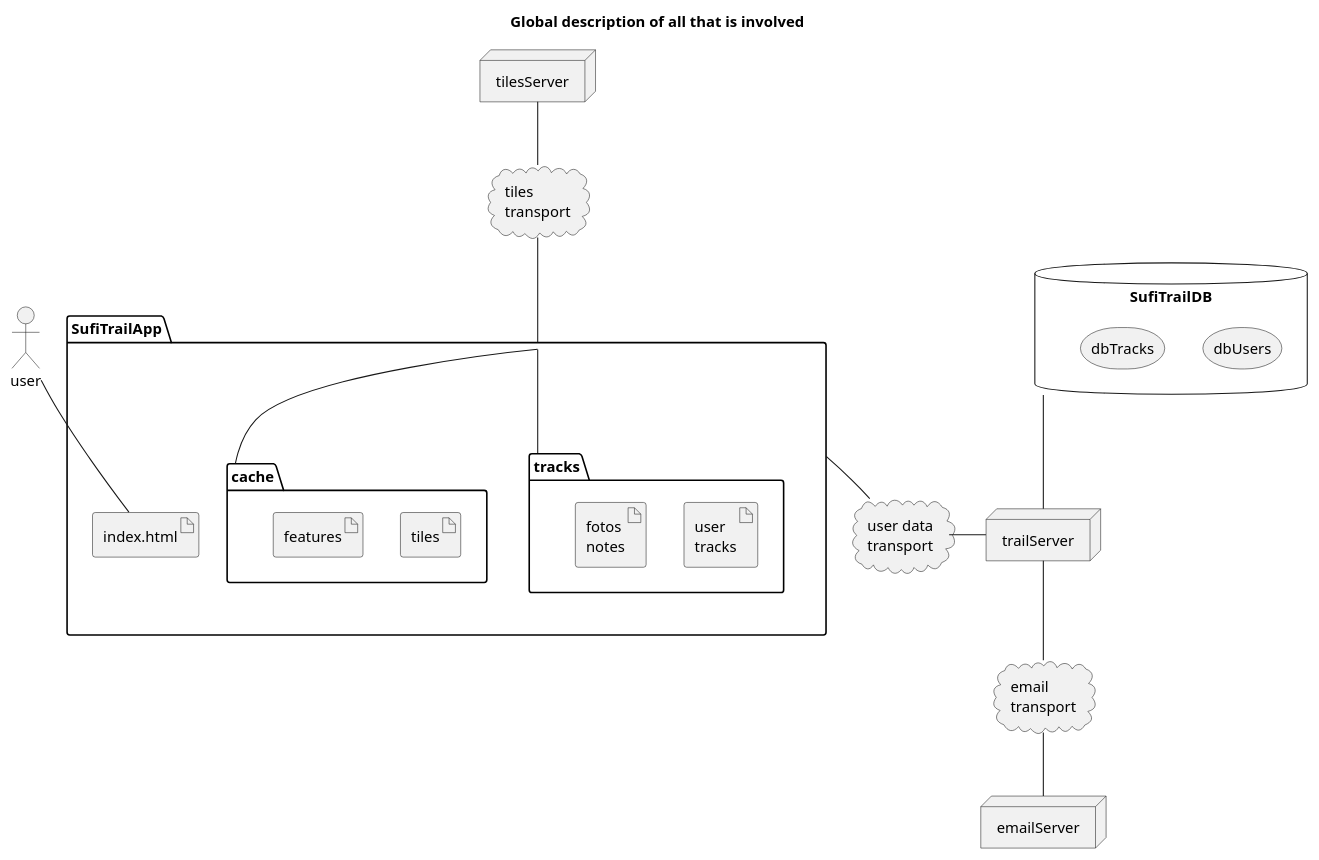
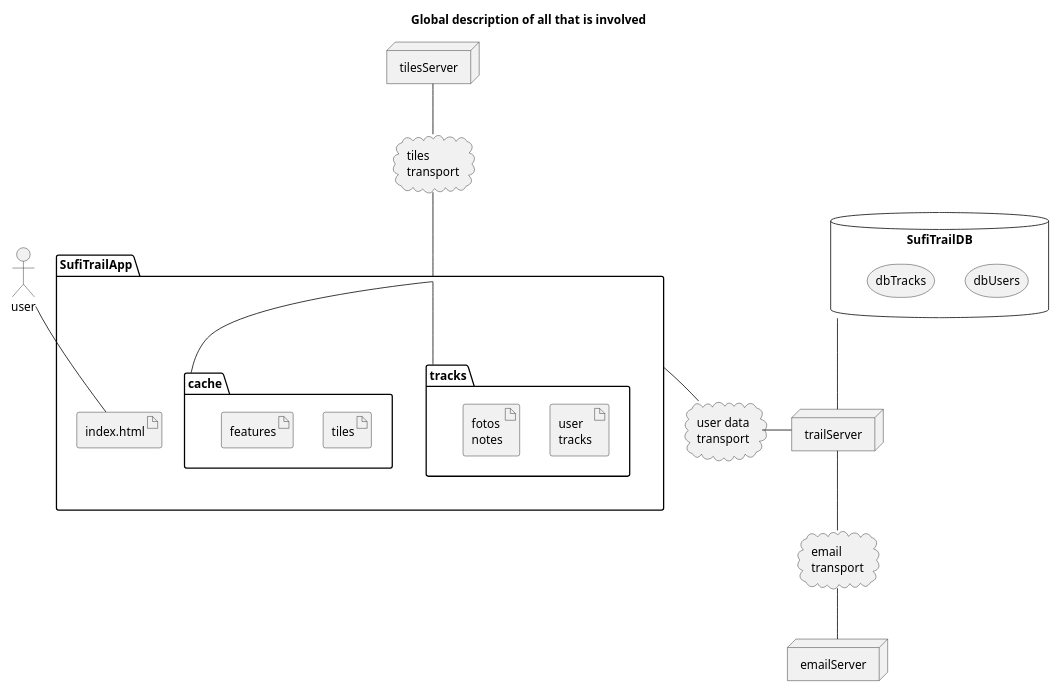
Before and after one commit to MARTIMM/HikingCompanion: the first of 7 diagrams in Docs/Design.md, drawn with PlantUML. The commit also changed other lines of this file and 54 other files, not shown here.

````diff
--- a/Docs/Design.md
+++ b/Docs/Design.md
@@ -6,44 +6,45 @@
 ```plantuml
+scale 0.8
 title Global description of all that is involved
 
 'skinparam rectangle {
 '	roundCorner<<Concept>> 25
 '}
 
 actor user
 cloud "user data\ntransport" as network1
 cloud "email\ntransport" as network2
 cloud "tiles\ntransport" as network3
 node trailServer
 node tilesServer
 node emailServer
 package SufiTrailApp {
   artifact index.html
 
   folder tracks {
     artifact "user\ntracks"
     artifact "fotos\nnotes"
   }
 
   folder cache {
     artifact tiles
     artifact features
   }
 }
 
 database SufiTrailDB {
   storage dbUsers
   storage dbTracks
 }
 
 user -- index.html
 SufiTrailApp -- network1
 SufiTrailApp -- tracks
 SufiTrailApp -- cache
 SufiTrailDB -- trailServer
 tilesServer -- network3
 network3 -- SufiTrailApp
 network1 - trailServer
 trailServer -- network2
 network2 -- emailServer
 ```
````
